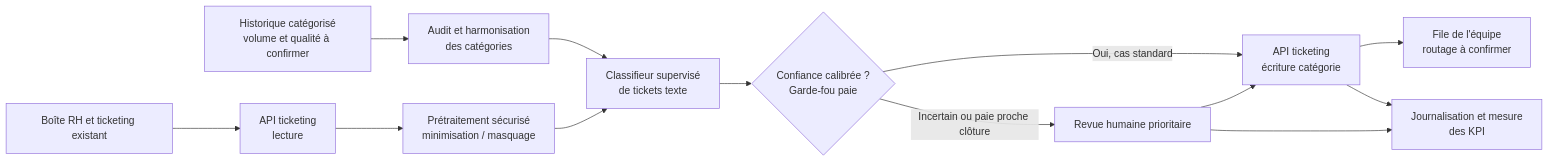
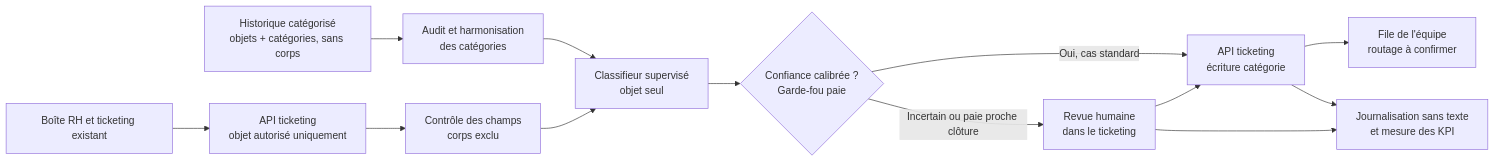
One commit to userZku/ia-atos-parcours-m8-b1 changed the diagram in schema_archi_cible.md. Above: the diagram before and after it, drawn with Mermaid. The commit also changed other lines of this file and 2 other files, not shown here.

Commit message:
docs(cadrage): restrict classification to email subjects

````diff
--- a/schema_archi_cible.md
+++ b/schema_archi_cible.md
@@ -5,16 +5,16 @@
 ```mermaid
 flowchart LR
-    HIST["Historique catégorisé<br/>volume et qualité à confirmer"] --> AUDIT["Audit et harmonisation<br/>des catégories"]
-    AUDIT --> MODEL["Classifieur supervisé<br/>de tickets texte"]
+    HIST["Historique catégorisé<br/>objets + catégories, sans corps"] --> AUDIT["Audit et harmonisation<br/>des catégories"]
+    AUDIT --> MODEL["Classifieur supervisé<br/>objet seul"]
 
-    SOURCE["Boîte RH et ticketing existant"] --> APIREAD["API ticketing<br/>lecture"]
-    APIREAD --> PREP["Prétraitement sécurisé<br/>minimisation / masquage"]
+    SOURCE["Boîte RH et ticketing existant"] --> APIREAD["API ticketing<br/>objet autorisé uniquement"]
+    APIREAD --> PREP["Contrôle des champs<br/>corps exclu"]
     PREP --> MODEL
     MODEL --> GATE{"Confiance calibrée ?<br/>Garde-fou paie"}
     GATE -->|"Oui, cas standard"| APIWRITE["API ticketing<br/>écriture catégorie"]
-    GATE -->|"Incertain ou paie proche clôture"| HUMAN["Revue humaine prioritaire"]
+    GATE -->|"Incertain ou paie proche clôture"| HUMAN["Revue humaine<br/>dans le ticketing"]
     HUMAN --> APIWRITE
     APIWRITE --> QUEUE["File de l'équipe<br/>routage à confirmer"]
-    APIWRITE --> METRICS["Journalisation et mesure<br/>des KPI"]
+    APIWRITE --> METRICS["Journalisation sans texte<br/>et mesure des KPI"]
     HUMAN --> METRICS
 ```
````
